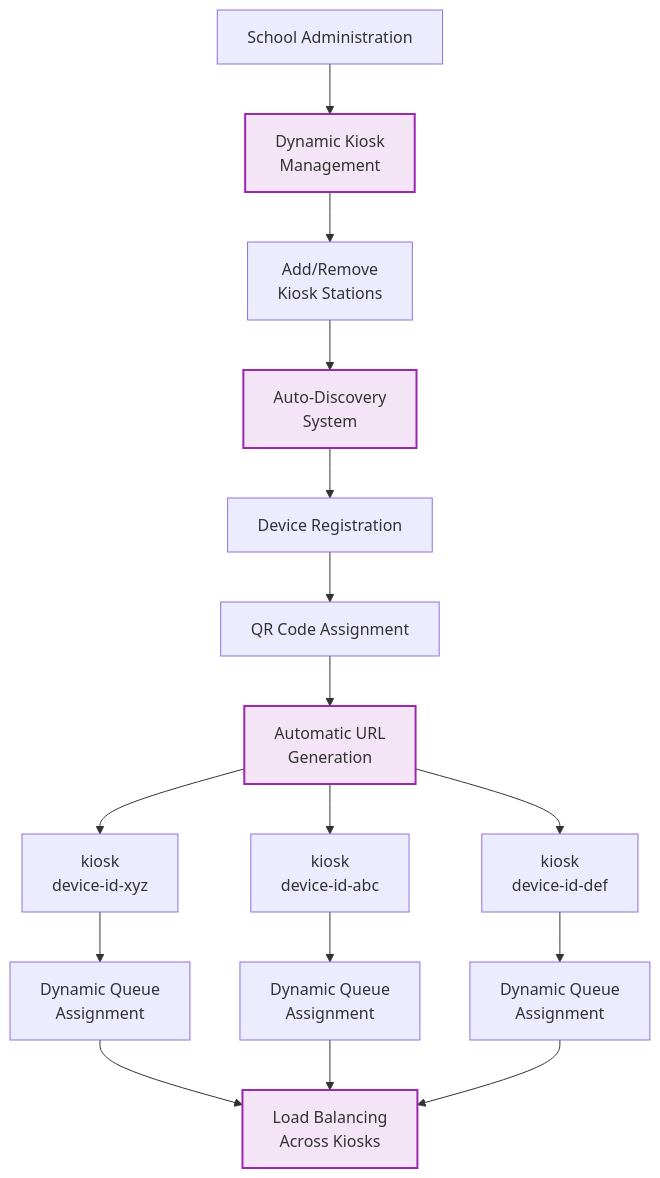
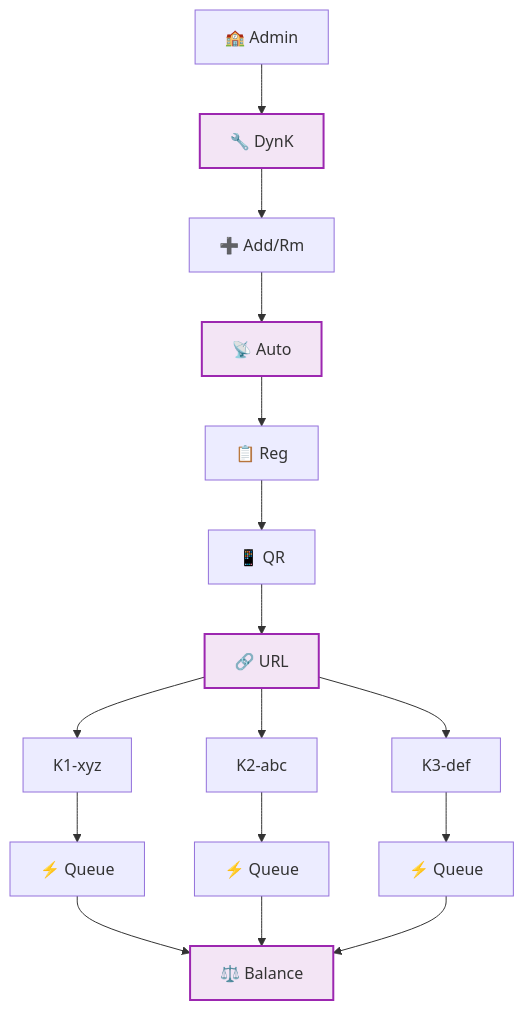
The first of 4 diagrams in docs/flowcharts/Future-Vision/09-scalable-single-school-architecture.md (Splurfa/bx-os), drawn with Mermaid before and after one commit. The commit also changed other lines of this file and 4 other files, not shown here.

Commit message:
Fix all flowchart text cutoff

````diff
--- a/docs/flowcharts/Future-Vision/09-scalable-single-school-architecture.md
+++ b/docs/flowcharts/Future-Vision/09-scalable-single-school-architecture.md
@@ -7,27 +7,27 @@
 ```mermaid
 flowchart TD
-    A[School Administration] --> B[Dynamic Kiosk<br/>Management]
-    B --> C[Add/Remove<br/>Kiosk Stations]
-    C --> D[Auto-Discovery<br/>System]
+    A[🏫 Admin] --> B[🔧 DynK]
+    B --> C[➕ Add/Rm]
+    C --> D[📡 Auto]
     
-    D --> E[Device Registration]
-    E --> F[QR Code Assignment]
-    F --> G[Automatic URL<br/>Generation]
+    D --> E[📋 Reg]
+    E --> F[📱 QR]
+    F --> G[🔗 URL]
     
-    G --> H[kiosk<br/>device-id-xyz]
-    G --> I[kiosk<br/>device-id-abc]
-    G --> J[kiosk<br/>device-id-def]
+    G --> H[K1-xyz]
+    G --> I[K2-abc]
+    G --> J[K3-def]
     
-    H --> K[Dynamic Queue<br/>Assignment]
-    I --> L[Dynamic Queue<br/>Assignment]
-    J --> M[Dynamic Queue<br/>Assignment]
+    H --> K[⚡ Queue]
+    I --> L[⚡ Queue]
+    J --> M[⚡ Queue]
     
-    K --> N[Load Balancing<br/>Across Kiosks]
+    K --> N[⚖️ Balance]
     L --> N
     M --> N
     
     style B fill:#f3e5f5,stroke:#9c27b0,stroke-width:2px
     style D fill:#f3e5f5,stroke:#9c27b0,stroke-width:2px
     style G fill:#f3e5f5,stroke:#9c27b0,stroke-width:2px
     style N fill:#f3e5f5,stroke:#9c27b0,stroke-width:2px
 ```
````
